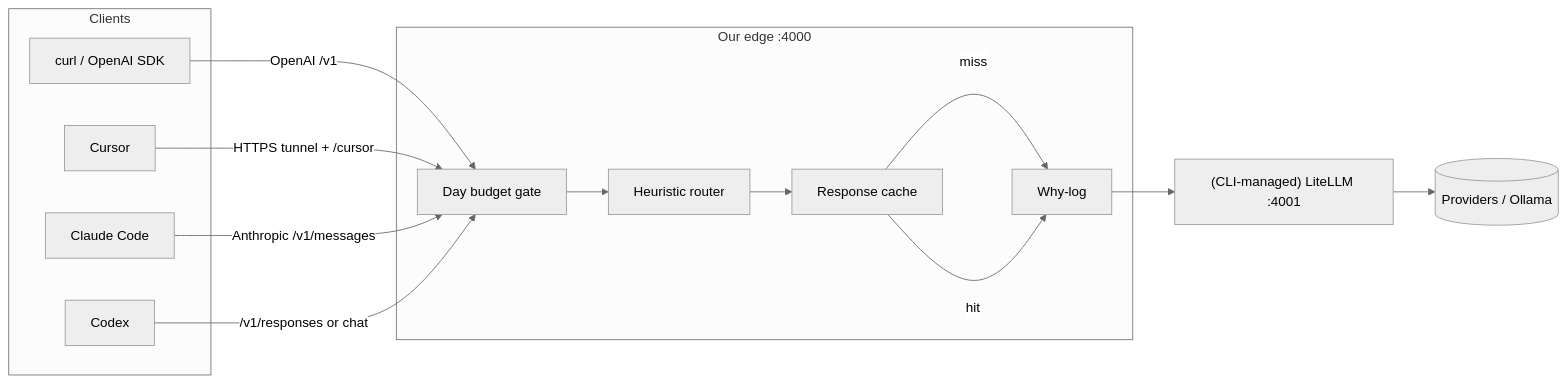
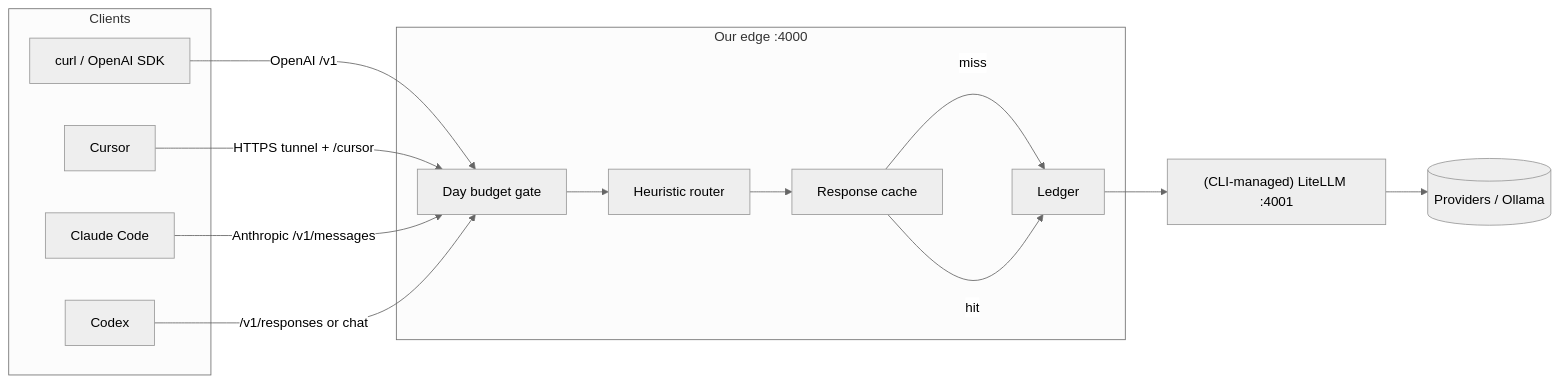
One commit to sarjeet2013/harbor-ai-gateway changed the diagram in README.md. Above: the diagram before and after it, drawn with Mermaid (neutral theme). The commit also changed other lines of this file and 13 other files, not shown here.

First line of the commit message:
refactor: rename why-log to ledger

````diff
--- a/README.md
+++ b/README.md
@@ -17,28 +17,28 @@
 ```mermaid
 flowchart LR
   subgraph clients [Clients]
     CURL[curl / OpenAI SDK]
     CURSOR[Cursor]
     CC[Claude Code]
     CODEX[Codex]
   end
 
   subgraph edge [Our edge :4000]
     BUDGET[Day budget gate]
     ROUTER[Heuristic router]
     CACHE[Response cache]
-    WHY[Why-log]
+    LEDGER[Ledger]
   end
 
   LITELLM["(CLI-managed) LiteLLM :4001"]
   UP[(Providers / Ollama)]
 
   CURL -->|OpenAI /v1| BUDGET
   CURSOR -->|HTTPS tunnel + /cursor| BUDGET
   CC -->|Anthropic /v1/messages| BUDGET
   CODEX -->|/v1/responses or chat| BUDGET
 
   BUDGET --> ROUTER --> CACHE
-  CACHE -->|miss| WHY --> LITELLM --> UP
-  CACHE -->|hit| WHY
+  CACHE -->|miss| LEDGER --> LITELLM --> UP
+  CACHE -->|hit| LEDGER
 ```
````
